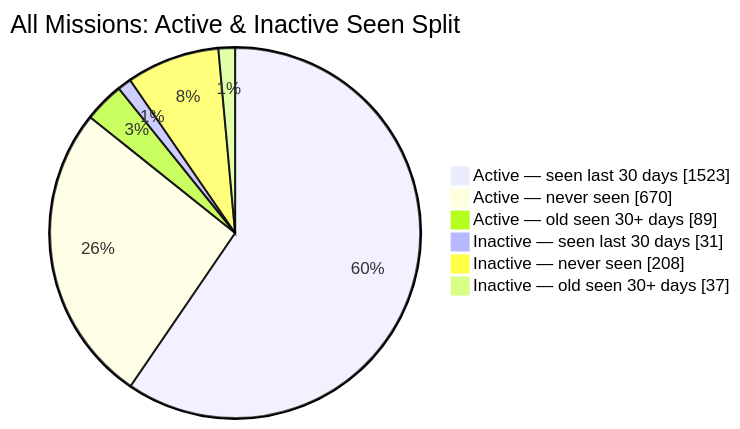
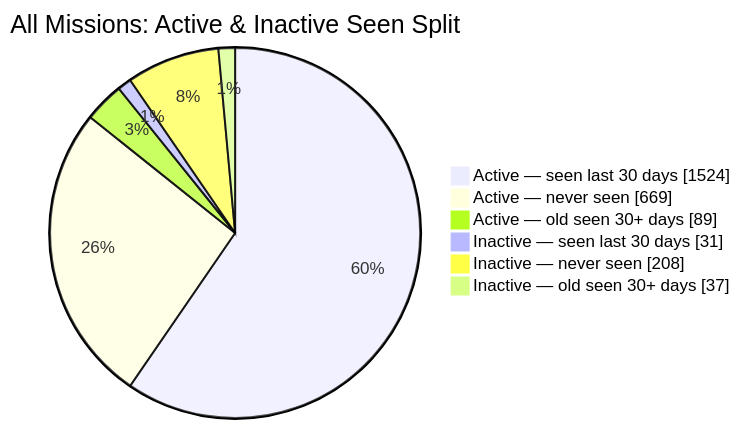
One commit to MeldkamerspelGameTeam/active-missions changed the second of 2 diagrams in README.md. Above: the diagram before and after it, drawn with Mermaid. The commit also changed other lines of this file and 2 other files, not shown here.

````diff
--- a/README.md
+++ b/README.md
@@ -44,10 +44,10 @@
 ```mermaid
 pie showData
     title All Missions: Active & Inactive Seen Split
-    "Active — seen last 30 days" : 1523
-    "Active — never seen" : 670
+    "Active — seen last 30 days" : 1524
+    "Active — never seen" : 669
     "Active — old seen 30+ days" : 89
     "Inactive — seen last 30 days" : 31
     "Inactive — never seen" : 208
     "Inactive — old seen 30+ days" : 37
 ```
````
